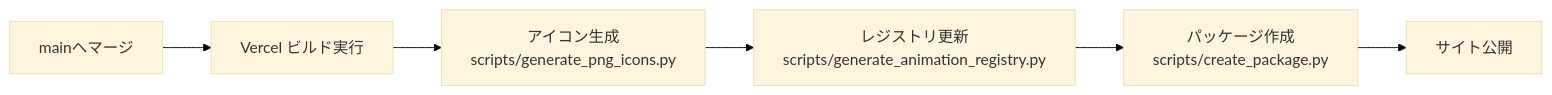
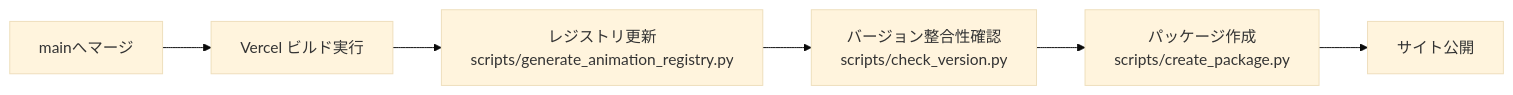
The third of 3 diagrams in docs/README_DEPLOY.md (masanori-satake/QuickLog-Solo), drawn with Mermaid (base theme) before and after one commit.

````diff
--- a/docs/README_DEPLOY.md
+++ b/docs/README_DEPLOY.md
@@ -89,8 +89,8 @@
 ```mermaid
 graph LR
     Trigger[mainへマージ] --> VercelBuild[Vercel ビルド実行]
-    VercelBuild --> IconGen[アイコン生成<br/>scripts/generate_png_icons.py]
-    IconGen --> Registry[レジストリ更新<br/>scripts/generate_animation_registry.py]
-    Registry --> Zip[パッケージ作成<br/>scripts/create_package.py]
+    VercelBuild --> Registry[レジストリ更新<br/>scripts/generate_animation_registry.py]
+    Registry --> CheckVersion[バージョン整合性確認<br/>scripts/check_version.py]
+    CheckVersion --> Zip[パッケージ作成<br/>scripts/create_package.py]
     Zip --> Deploy[サイト公開]
 ```
````
